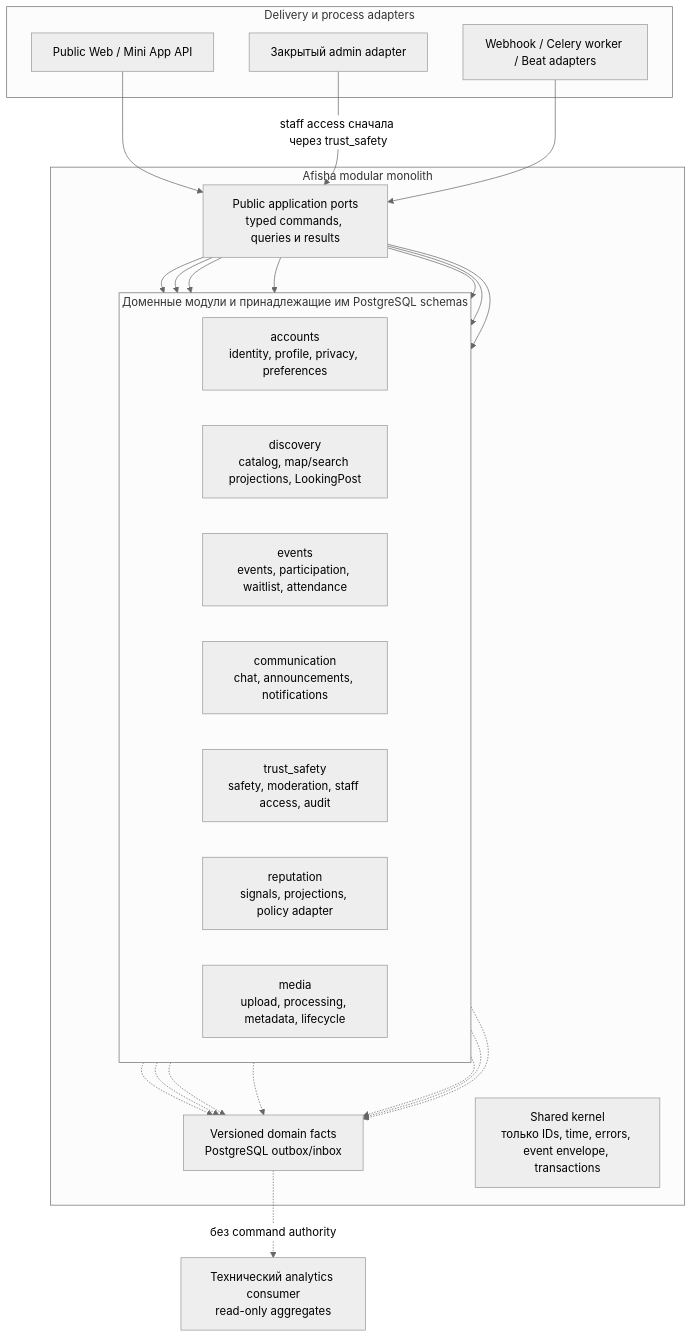
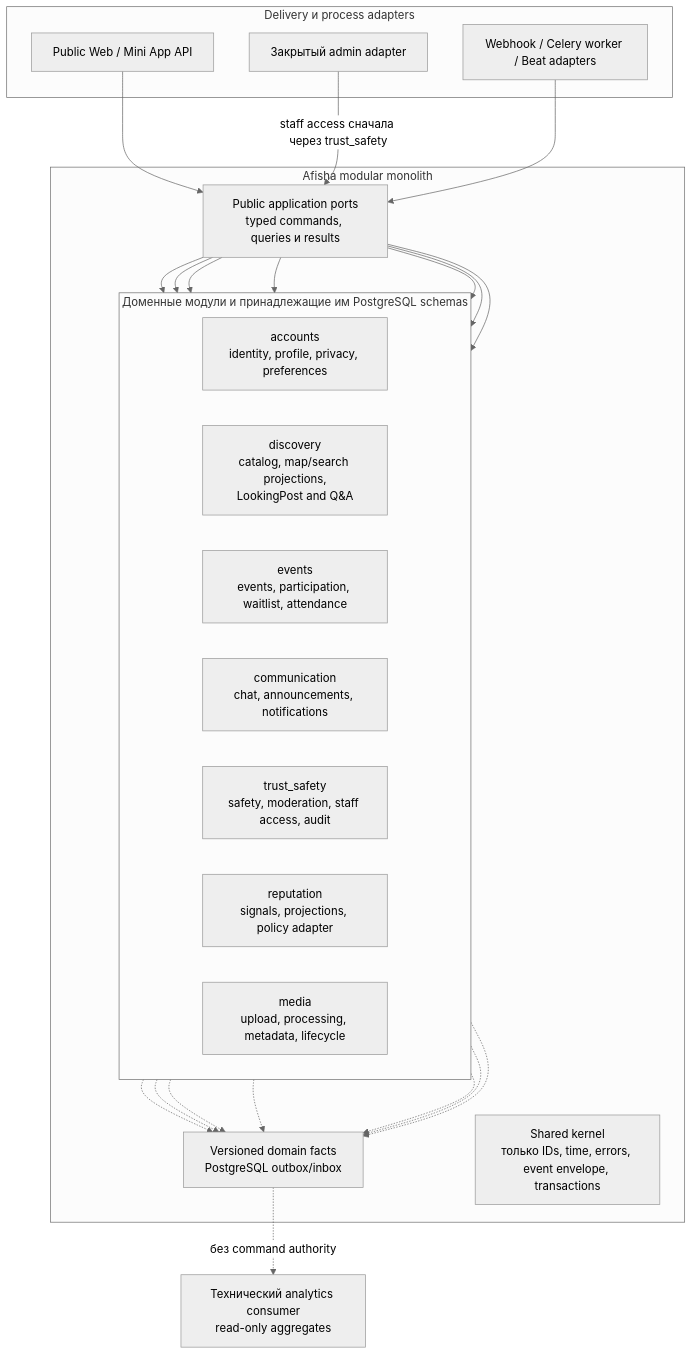
One commit to ittadoru/afisha-bot changed the diagram in docs/g4/diagrams/02-module-ownership.mmd. Above: the diagram before and after it, drawn with Mermaid (neutral theme). The commit also changed 77 other files, not shown here.

```diff
--- a/docs/g4/diagrams/02-module-ownership.mmd
+++ b/docs/g4/diagrams/02-module-ownership.mmd
@@ -1,47 +1,47 @@
 flowchart TB
     subgraph entry["Delivery и process adapters"]
         public_api["Public Web / Mini App API"]
         admin_adapter["Закрытый admin adapter"]
         async_adapter["Webhook / Celery worker / Beat adapters"]
     end
 
     subgraph backend["Afisha modular monolith"]
         ports["Public application ports<br/>typed commands, queries и results"]
 
         subgraph modules["Доменные модули и принадлежащие им PostgreSQL schemas"]
             direction LR
             accounts["accounts<br/>identity, profile, privacy, preferences"]
-            discovery["discovery<br/>catalog, map/search projections, LookingPost"]
+            discovery["discovery<br/>catalog, map/search projections,<br/>LookingPost and Q&A"]
             events["events<br/>events, participation, waitlist, attendance"]
             communication["communication<br/>chat, announcements, notifications"]
             trust_safety["trust_safety<br/>safety, moderation, staff access, audit"]
             reputation["reputation<br/>signals, projections, policy adapter"]
             media["media<br/>upload, processing, metadata, lifecycle"]
         end
 
         facts["Versioned domain facts<br/>PostgreSQL outbox/inbox"]
         shared["Shared kernel<br/>только IDs, time, errors, event envelope, transactions"]
     end
 
     analytics["Технический analytics consumer<br/>read-only aggregates"]
 
     public_api --> ports
     admin_adapter -->|"staff access сначала через trust_safety"| ports
     async_adapter --> ports
 
     ports --> accounts
     ports --> discovery
     ports --> events
     ports --> communication
     ports --> trust_safety
     ports --> reputation
     ports --> media
 
     accounts -.-> facts
     discovery -.-> facts
     events -.-> facts
     communication -.-> facts
     trust_safety -.-> facts
     reputation -.-> facts
     media -.-> facts
     facts -.->|"без command authority"| analytics
```
